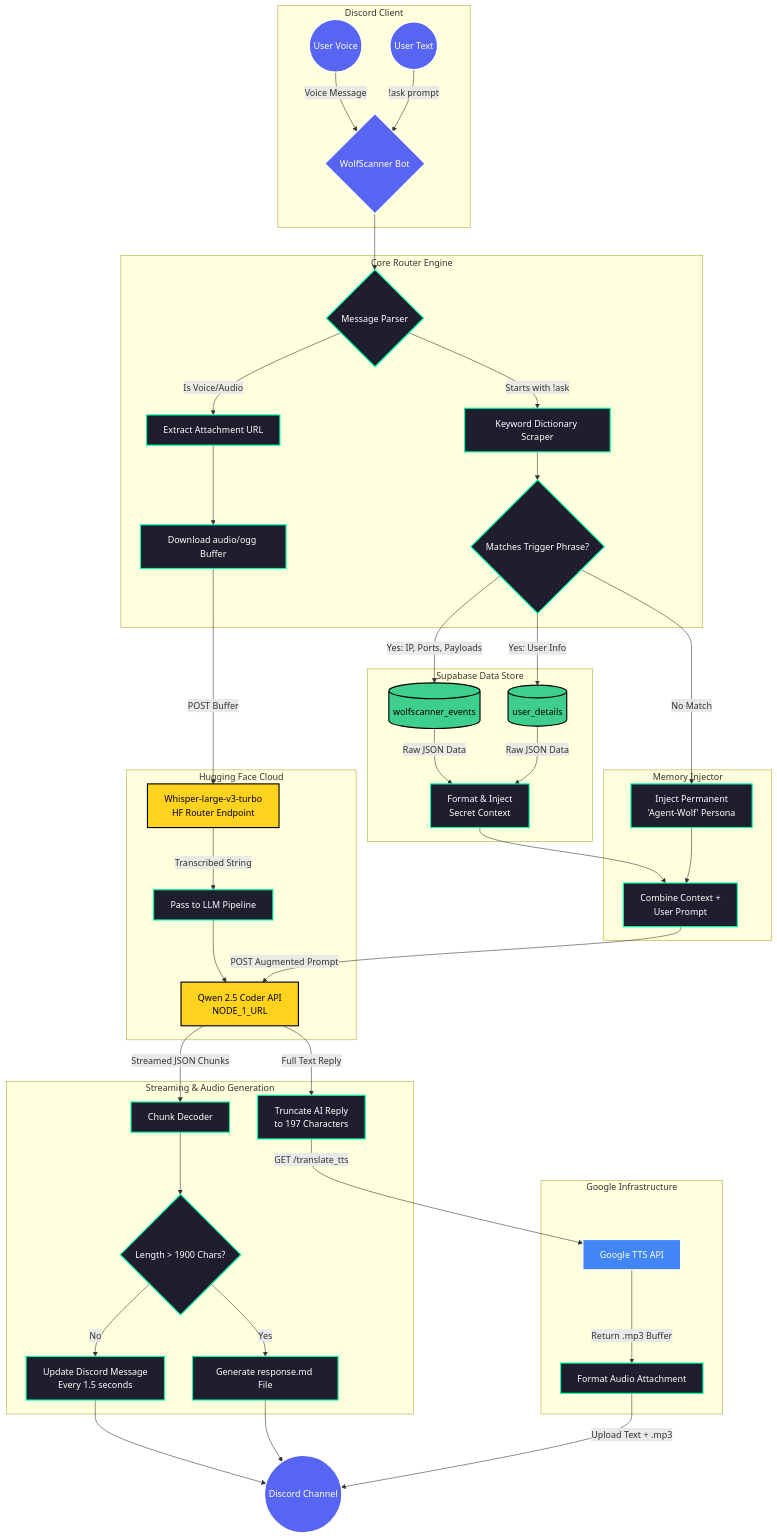
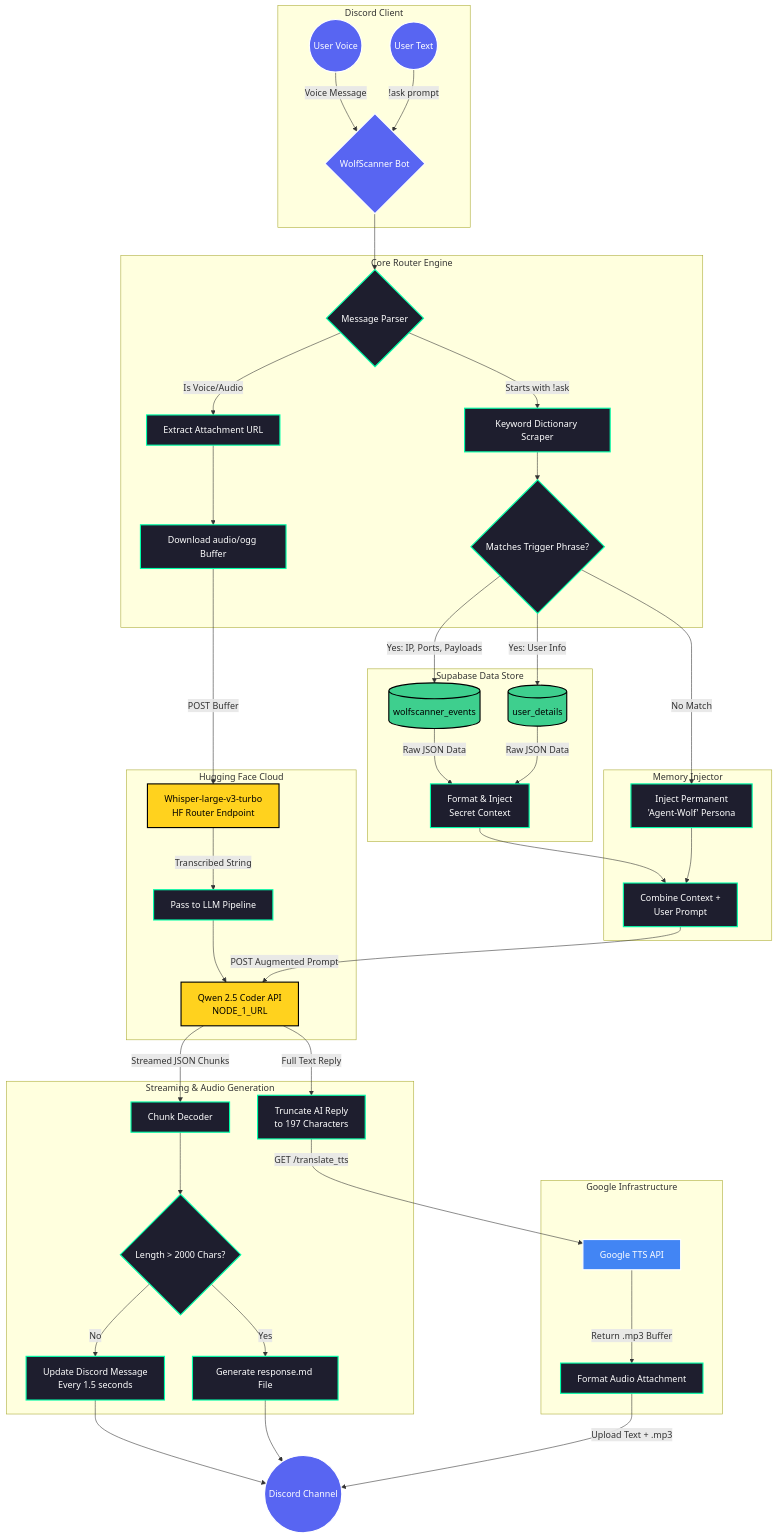
The diagram in Architecture.md (pugazh342/Agent-wolf), drawn with Mermaid before and after one commit.

````diff
--- a/Architecture.md
+++ b/Architecture.md
@@ -1,82 +1,82 @@
 ```mermaid
 flowchart TD
     %% Define System Colors & Styles
     classDef discord fill:#5865F2,stroke:#fff,stroke-width:2px,color:#fff;
     classDef hub fill:#1E1E2E,stroke:#00FFAA,stroke-width:2px,color:#fff;
     classDef ai fill:#FFD21E,stroke:#000,stroke-width:2px,color:#000;
     classDef db fill:#3ECF8E,stroke:#000,stroke-width:2px,color:#000;
     classDef external fill:#4285F4,stroke:#fff,stroke-width:2px,color:#fff;
 
     %% --- 1. FRONTEND / TRIGGER LAYER ---
     subgraph Discord Client
         U1((User Voice)) -- "Voice Message" --> D1{WolfScanner Bot}
         U2((User Text)) -- "!ask prompt" --> D1
     end
 
     %% --- 2. NEXUS-AI HUB (NODE.JS / EXPRESS) ---
     subgraph Nexus-AI Hub [Core Router Engine]
         D1 --> Router{Message Parser}
 
         %% Audio Pipeline Path
         Router -- "Is Voice/Audio" --> A1[Extract Attachment URL]
         A1 --> A2[Download audio/ogg Buffer]
         
         %% Text Pipeline Path
         Router -- "Starts with !ask" --> T1[Keyword Dictionary Scraper]
         T1 --> T2{Matches Trigger Phrase?}
     end
 
     %% --- 3. THE DATABASE / SIEM LAYER ---
     subgraph Supabase Data Store
         T2 -- "Yes: IP, Ports, Payloads" --> DB1[(wolfscanner_events)]
         T2 -- "Yes: User Info" --> DB2[(user_details)]
         DB1 -- "Raw JSON Data" --> T3["Format & Inject <br>Secret Context"]
         DB2 -- "Raw JSON Data" --> T3
     end
 
     %% --- 4. CONTEXT ASSEMBLY ---
     subgraph Memory Injector
         T2 -- "No Match" --> T4["Inject Permanent <br>'Agent-Wolf' Persona"]
         T3 --> T5["Combine Context + <br>User Prompt"]
         T4 --> T5
     end
 
     %% --- 5. THE AI / BRAIN LAYER ---
     subgraph Hugging Face Cloud
         A2 -- "POST Buffer" --> HF1["Whisper-large-v3-turbo <br>HF Router Endpoint"]
         HF1 -- "Transcribed String" --> A3[Pass to LLM Pipeline]
         
         A3 --> QW1
         T5 -- "POST Augmented Prompt" --> QW1["Qwen 2.5 Coder API <br>NODE_1_URL"]
     end
 
     %% --- 6. OUTPUT PROCESSING ---
     subgraph Streaming & Audio Generation
         %% Text Output Handling
         QW1 -- "Streamed JSON Chunks" --> T6[Chunk Decoder]
-        T6 --> T7{Length > 1900 Chars?}
+        T6 --> T7{Length > 2000 Chars?}
         T7 -- "No" --> T8["Update Discord Message <br>Every 1.5 seconds"]
         T7 -- "Yes" --> T9["Generate response.md File"]
 
         %% Audio Output Handling
         QW1 -- "Full Text Reply" --> A4["Truncate AI Reply <br>to 197 Characters"]
     end
 
     %% --- 7. EXTERNAL TTS BYPASS ---
     subgraph Google Infrastructure
         A4 -- "GET /translate_tts" --> G1[Google TTS API]
         G1 -- "Return .mp3 Buffer" --> A5[Format Audio Attachment]
     end
 
     %% --- 8. DELIVERY ---
     T8 --> D2((Discord Channel))
     T9 --> D2
     A5 -- "Upload Text + .mp3" --> D2
 
     %% Apply Classes for visual styling
     class U1,U2,D1,D2 discord;
     class Router,A1,A2,A3,A4,A5,T1,T2,T3,T4,T5,T6,T7,T8,T9 hub;
     class HF1,QW1 ai;
     class DB1,DB2 db;
     class G1 external;
 ```
````
